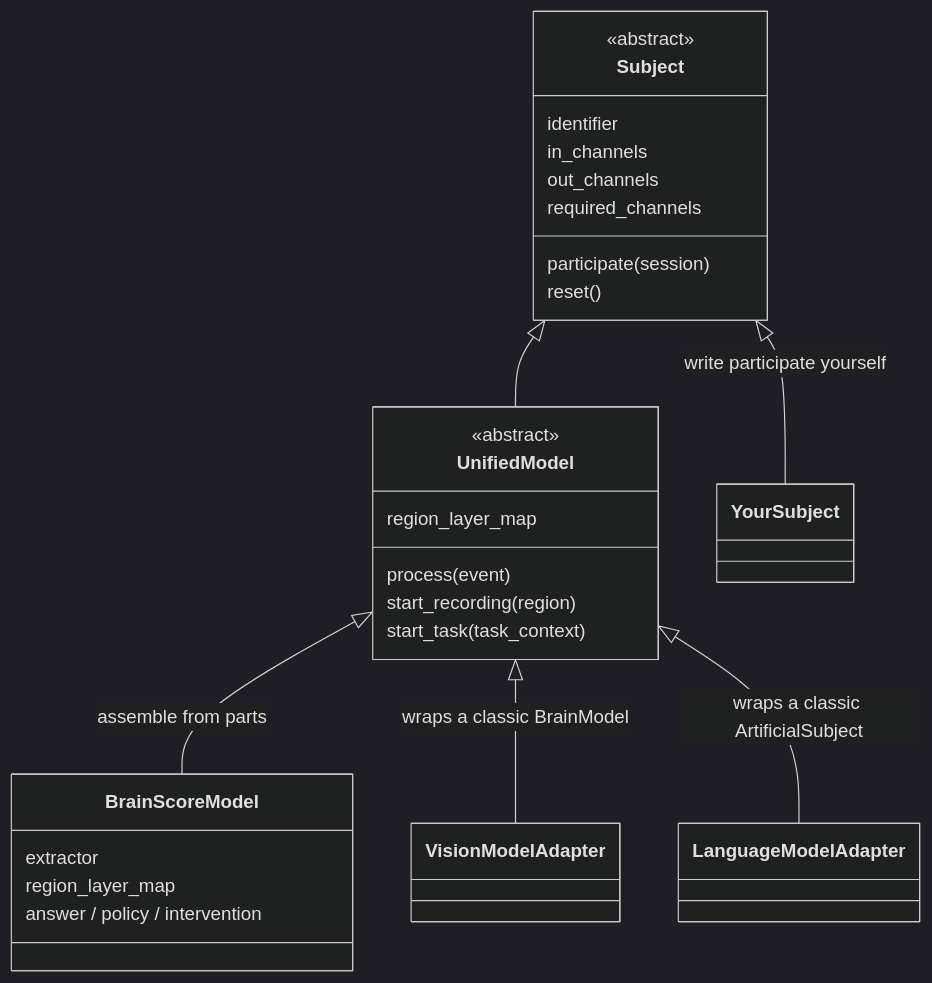
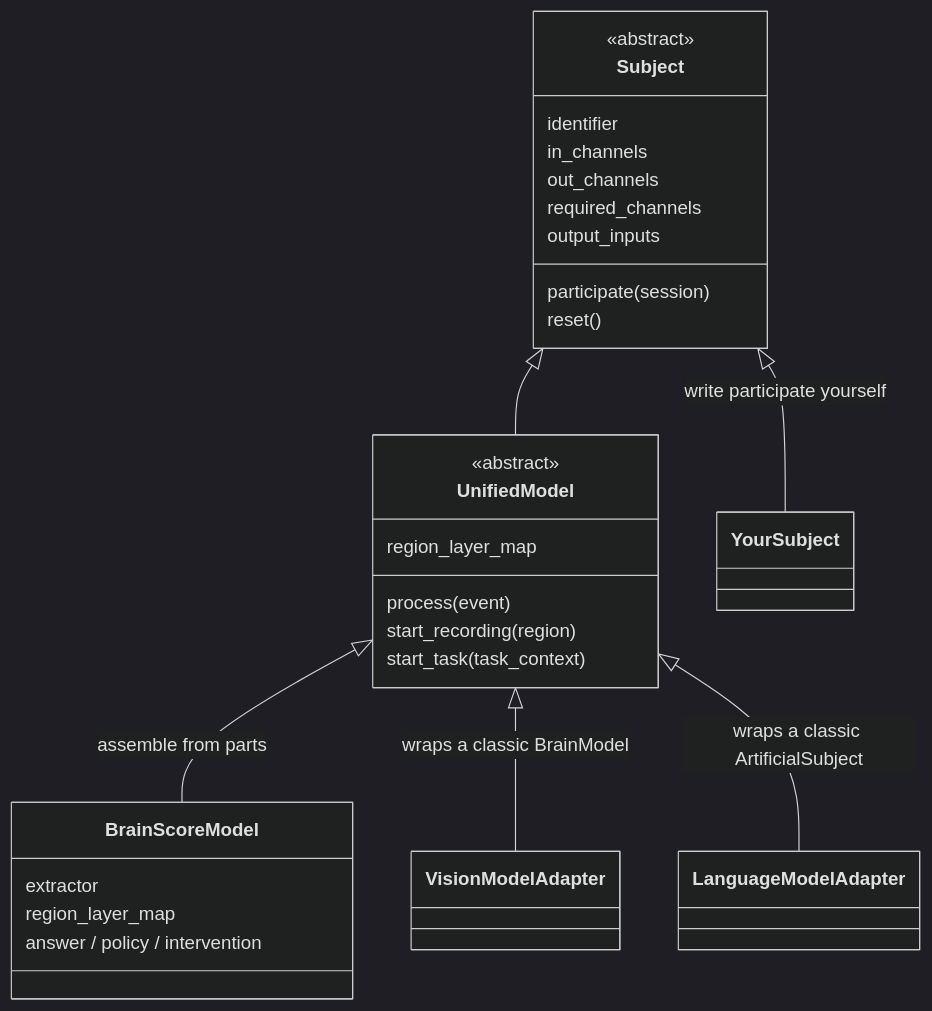
The first of 3 diagrams in docs/03_class_map.md (KartikP/brainscore-unified), drawn with Mermaid (dark theme) before and after one commit. The commit also changed 28 other files, not shown here.

````diff
--- a/docs/03_class_map.md
+++ b/docs/03_class_map.md
@@ -18,32 +18,33 @@
 ```mermaid
 classDiagram
     class Subject {
         <<abstract>>
         identifier
         in_channels
         out_channels
         required_channels
+        output_inputs
         participate(session)
         reset()
     }
     class UnifiedModel {
         <<abstract>>
         region_layer_map
         process(event)
         start_recording(region)
         start_task(task_context)
     }
     class BrainScoreModel {
         extractor
         region_layer_map
         answer / policy / intervention
     }
     class VisionModelAdapter
     class LanguageModelAdapter
     class YourSubject
     Subject <|-- YourSubject : write participate yourself
     Subject <|-- UnifiedModel
     UnifiedModel <|-- BrainScoreModel : assemble from parts
     UnifiedModel <|-- VisionModelAdapter : wraps a classic BrainModel
     UnifiedModel <|-- LanguageModelAdapter : wraps a classic ArtificialSubject
 ```
````
